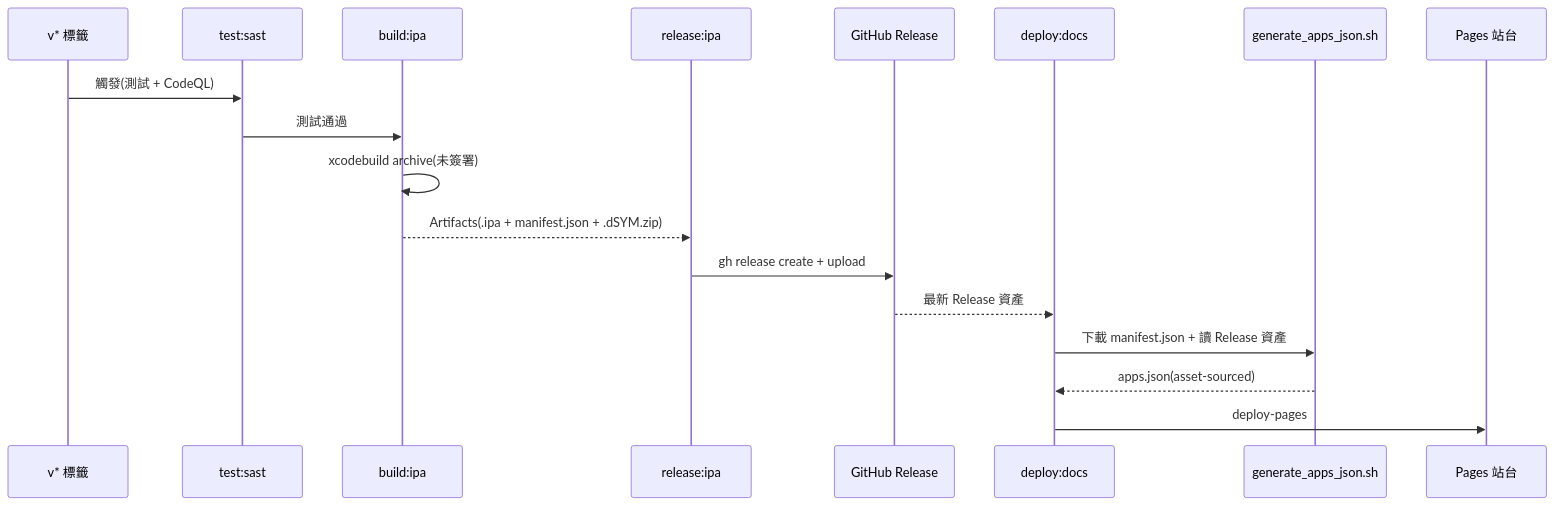
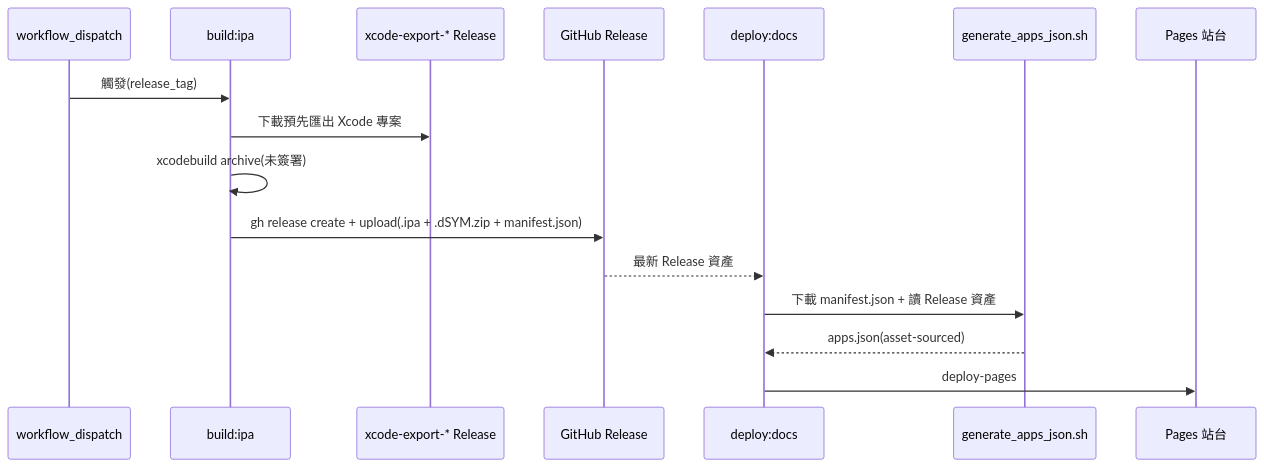
The second of 3 diagrams in docbase/architecture.md (Mcc-Mak/ios-app), drawn with Mermaid before and after one commit. The commit also changed other lines of this file and 37 other files, not shown here.

````diff
--- a/docbase/architecture.md
+++ b/docbase/architecture.md
@@ -23,20 +23,18 @@
 ```mermaid
 sequenceDiagram
-  participant Tag as v* 標籤
-  participant Test as test:sast
+  participant Disp as workflow_dispatch
   participant Build as build:ipa
-  participant Rel as release:ipa
+  participant XExp as xcode-export-* Release
   participant GH as GitHub Release
   participant Pages as deploy:docs
   participant Gen as generate_apps_json.sh
   participant Site as Pages 站台
-  Tag->>Test: 觸發(測試 + CodeQL)
-  Test->>Build: 測試通過
+  Disp->>Build: 觸發(release_tag)
+  Build->>XExp: 下載預先匯出 Xcode 專案
   Build->>Build: xcodebuild archive(未簽署)
-  Build-->>Rel: Artifacts(.ipa + manifest.json + .dSYM.zip)
-  Rel->>GH: gh release create + upload
+  Build->>GH: gh release create + upload(.ipa + .dSYM.zip + manifest.json)
   GH-->>Pages: 最新 Release 資產
   Pages->>Gen: 下載 manifest.json + 讀 Release 資產
   Gen-->>Pages: apps.json(asset-sourced)
   Pages->>Site: deploy-pages
 ```
````
